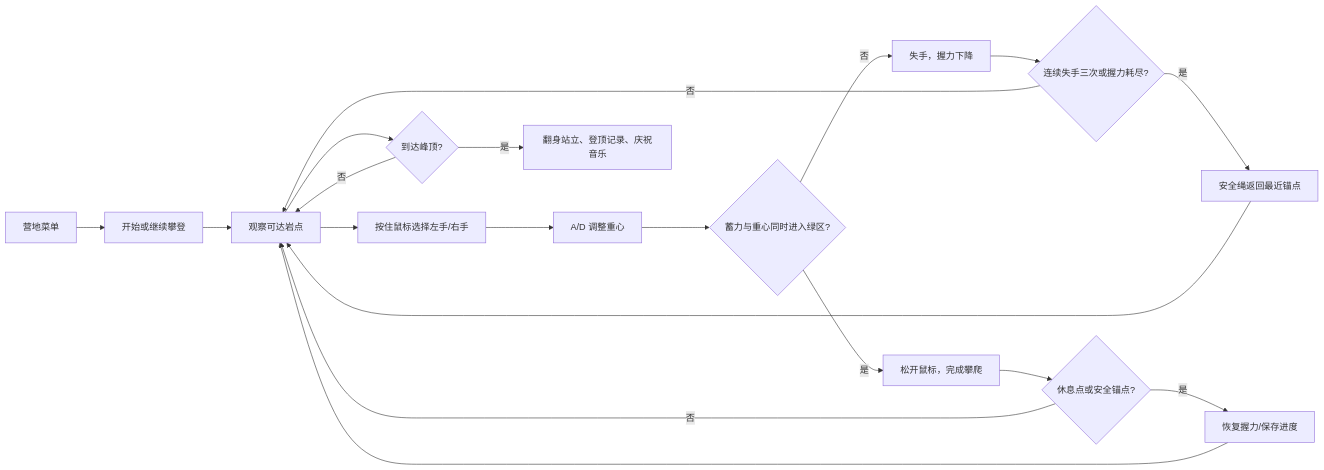
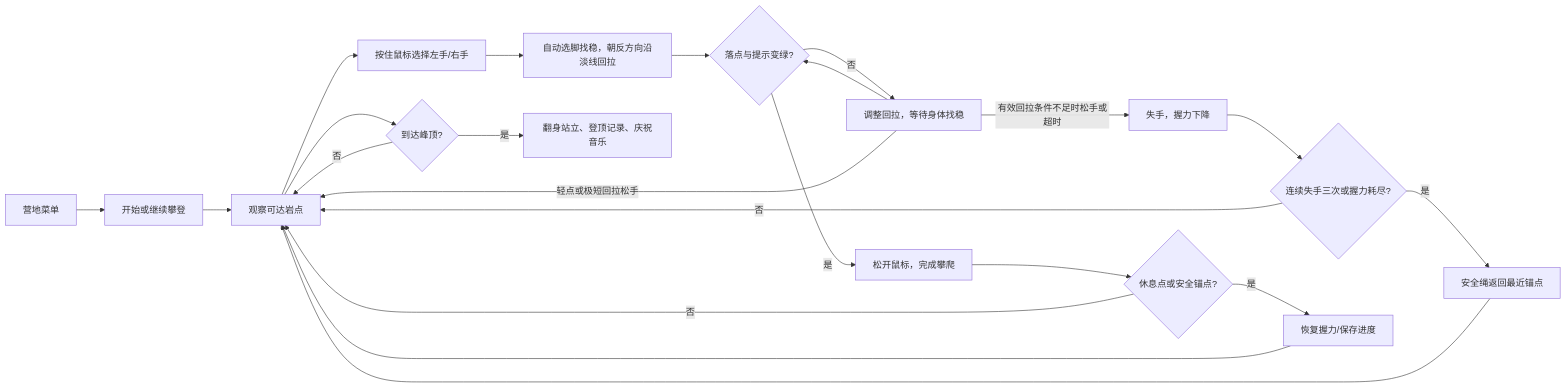
Before and after one commit to twogold-design/MountainMark: the diagram in docs/GAMEPLAY_DESIGN.md, drawn with Mermaid. The commit also changed other lines of this file and 67 other files, not shown here.

````diff
--- a/docs/GAMEPLAY_DESIGN.md
+++ b/docs/GAMEPLAY_DESIGN.md
@@ -38,21 +39,24 @@
 ```mermaid
 flowchart LR
     A[营地菜单] --> B[开始或继续攀登]
     B --> C[观察可达岩点]
     C --> D[按住鼠标选择左手/右手]
-    D --> E[A/D 调整重心]
-    E --> F{蓄力与重心同时进入绿区?}
-    F -- 否 --> G[失手，握力下降]
+    D --> E[自动选脚找稳，朝反方向沿淡线回拉]
+    E --> F{落点与提示变绿?}
+    F -- 否 --> O[调整回拉，等待身体找稳]
+    O --> F
+    O -- 轻点或极短回拉松手 --> C
+    O -- 有效回拉条件不足时松手或超时 --> G[失手，握力下降]
     G --> H{连续失手三次或握力耗尽?}
     H -- 否 --> C
     H -- 是 --> I[安全绳返回最近锚点]
     I --> C
     F -- 是 --> J[松开鼠标，完成攀爬]
     J --> K{休息点或安全锚点?}
     K -- 是 --> L[恢复握力/保存进度]
     K -- 否 --> C
     L --> C
     C --> M{到达峰顶?}
     M -- 否 --> C
     M -- 是 --> N[翻身站立、登顶记录、庆祝音乐]
 ```
````
